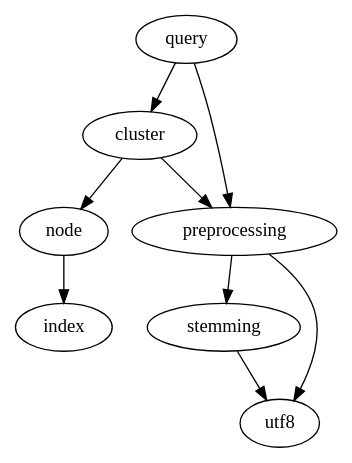
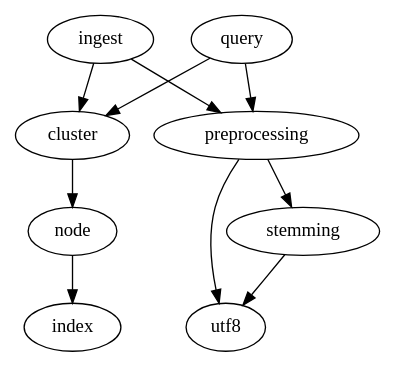
The diagram in doc/apps-dependencies.dot (moretea/doko), drawn with Graphviz before and after one commit. The commit also changed 4 other files, not shown here.

```diff
--- a/doc/apps-dependencies.dot
+++ b/doc/apps-dependencies.dot
@@ -1,10 +1,11 @@
 digraph g {
         cluster -> "node";
-        cluster -> preprocessing;
+        ingest -> preprocessing;
+        ingest -> cluster;
         "node" -> index;
         preprocessing -> stemming;
         preprocessing -> utf8;
         query -> cluster;
         query -> preprocessing;
         stemming -> utf8;
 }
```
